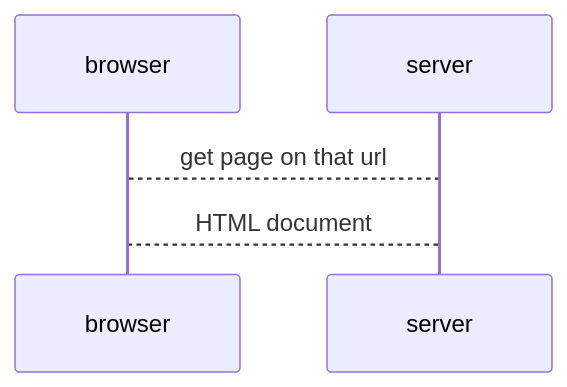
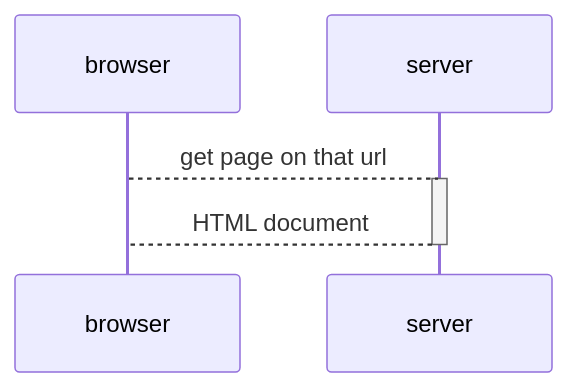
One commit to RachitPatel14/mermaid-pracitce-excercise-4-6 changed the diagram in readme.md. Above: the diagram before and after it, drawn with Mermaid.

````diff
--- a/readme.md
+++ b/readme.md
@@ -2,7 +2,9 @@
 ```mermaid
 sequenceDiagram
   participant browser
   participant server
   browser-->server: get page on that url
+  activate server
   server-->browser: HTML document
+  deactivate server
 ```
````
